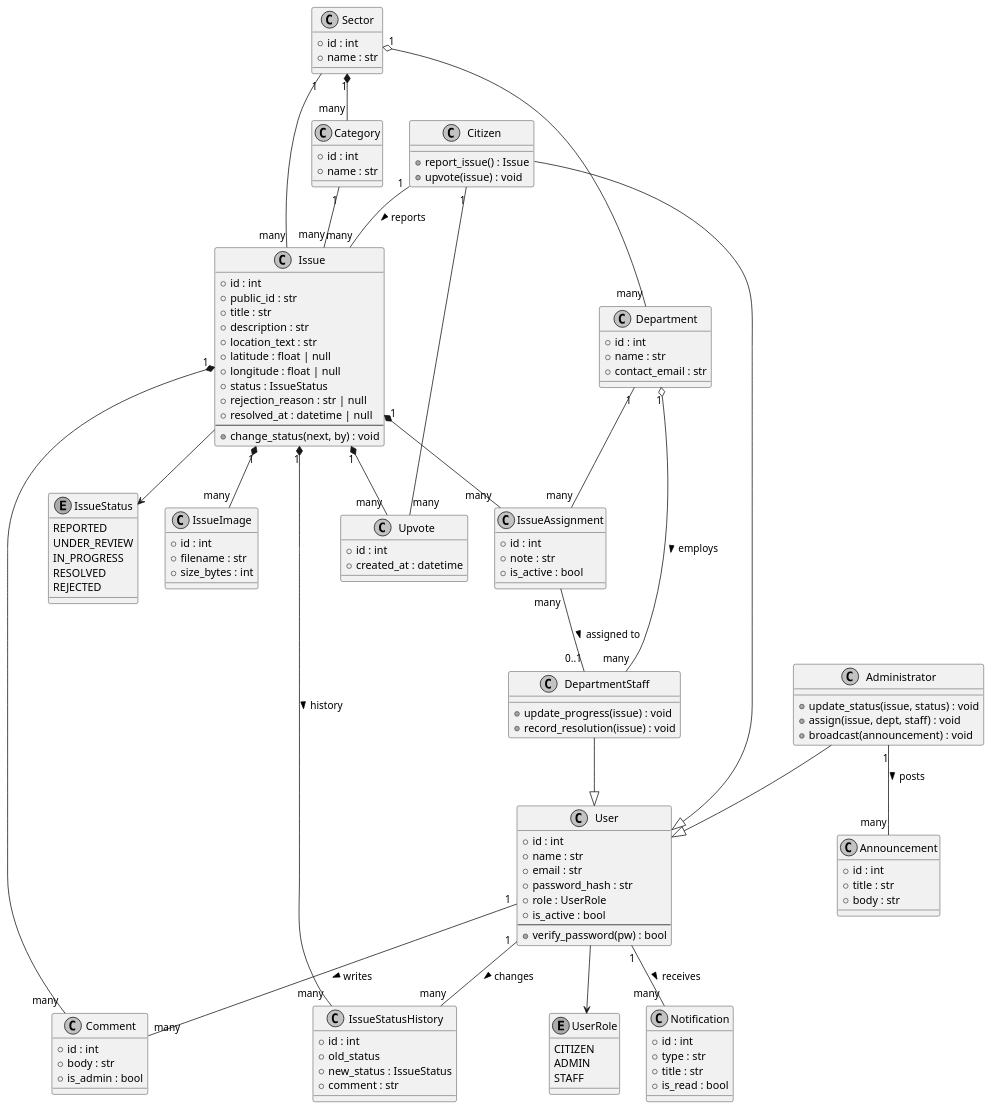
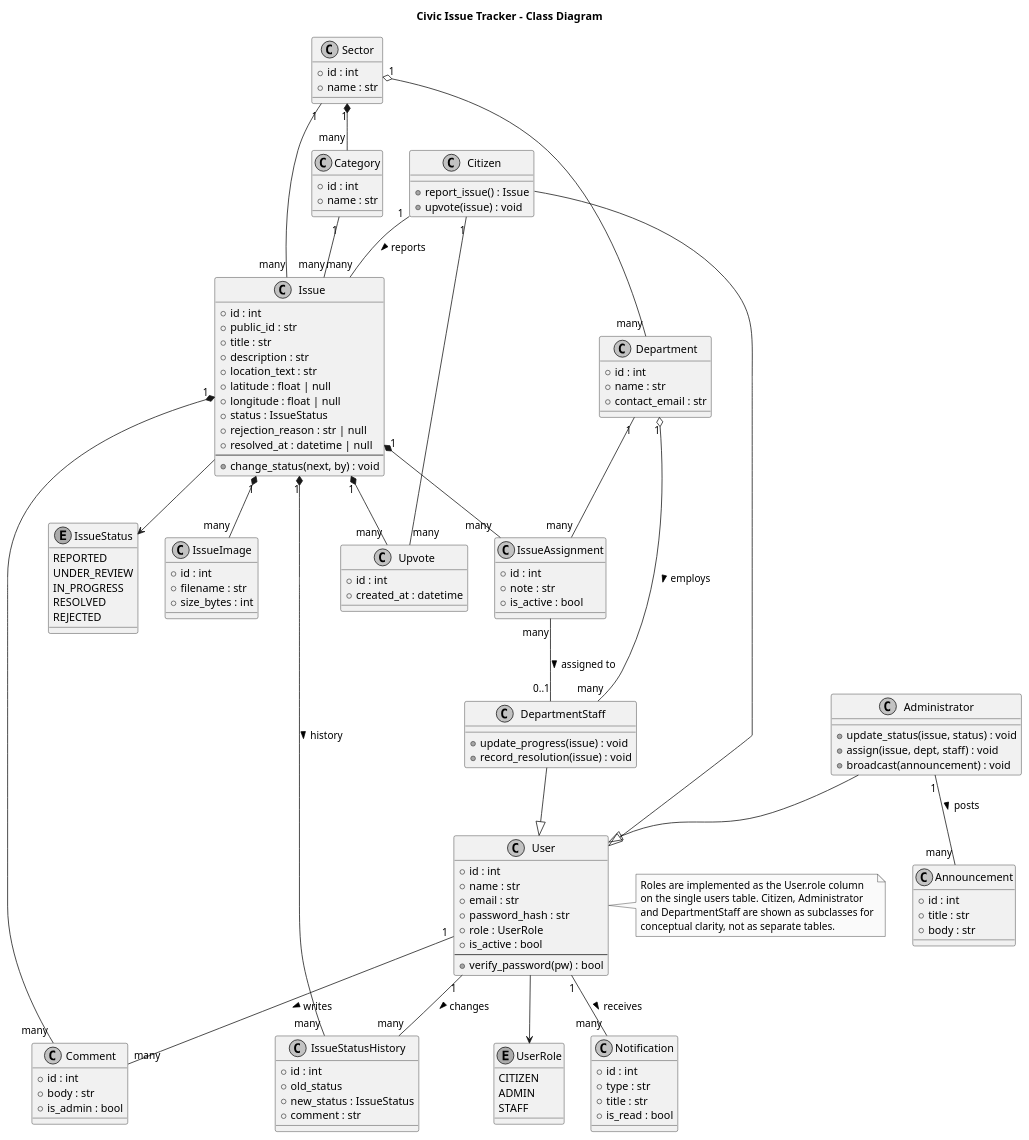
The diagram in docs/diagrams/class-diagram.puml (manojkumaranna07-svg/civic-issue-tracker), drawn with PlantUML before and after one commit. The commit also changed 18 other files, not shown here.

Commit message:
Diagram corrections: DFD notation (rectangular entities, rounded processes, read/write flow directions), use-case extend directions, activity validation loop + admin resolution review, titles on all diagrams, class-diagram role note

```diff
--- a/docs/diagrams/class-diagram.puml
+++ b/docs/diagrams/class-diagram.puml
@@ -1,130 +1,137 @@
-@startuml "Civic Issue Tracker - Class Diagram"
+@startuml
+title Civic Issue Tracker - Class Diagram
 skinparam monochrome true
 skinparam shadowing false
 
 enum UserRole {
   CITIZEN
   ADMIN
   STAFF
 }
 enum IssueStatus {
   REPORTED
   UNDER_REVIEW
   IN_PROGRESS
   RESOLVED
   REJECTED
 }
 
 class User {
   +id : int
   +name : str
   +email : str
   +password_hash : str
   +role : UserRole
   +is_active : bool
   --
   +verify_password(pw) : bool
 }
 class Citizen {
   +report_issue() : Issue
   +upvote(issue) : void
 }
 class Administrator {
   +update_status(issue, status) : void
   +assign(issue, dept, staff) : void
   +broadcast(announcement) : void
 }
 class DepartmentStaff {
   +update_progress(issue) : void
   +record_resolution(issue) : void
 }
 
 class Sector {
   +id : int
   +name : str
 }
 class Category {
   +id : int
   +name : str
 }
 class Department {
   +id : int
   +name : str
   +contact_email : str
 }
 
 class Issue {
   +id : int
   +public_id : str
   +title : str
   +description : str
   +location_text : str
   +latitude : float | null
   +longitude : float | null
   +status : IssueStatus
   +rejection_reason : str | null
   +resolved_at : datetime | null
   --
   +change_status(next, by) : void
 }
 class IssueImage {
   +id : int
   +filename : str
   +size_bytes : int
 }
 class IssueStatusHistory {
   +id : int
   +old_status
   +new_status : IssueStatus
   +comment : str
 }
 class Upvote {
   +id : int
   +created_at : datetime
 }
 class IssueAssignment {
   +id : int
   +note : str
   +is_active : bool
 }
 class Notification {
   +id : int
   +type : str
   +title : str
   +is_read : bool
 }
 class Comment {
   +id : int
   +body : str
   +is_admin : bool
 }
 class Announcement {
   +id : int
   +title : str
   +body : str
 }
 
 Citizen --|> User
 Administrator --|> User
 DepartmentStaff --|> User
 User --> UserRole
+note right of User
+  Roles are implemented as the User.role column
+  on the single users table. Citizen, Administrator
+  and DepartmentStaff are shown as subclasses for
+  conceptual clarity, not as separate tables.
+end note
 Sector "1" *-- "many" Category
 Sector "1" o-- "many" Department
 Department "1" o-- "many" DepartmentStaff : employs >
 Citizen "1" -- "many" Issue : reports >
 Issue "1" *-- "many" IssueImage
 Issue "1" *-- "many" IssueStatusHistory : history >
 Issue "1" *-- "many" Upvote
 Citizen "1" -- "many" Upvote
 Issue "1" *-- "many" IssueAssignment
 Department "1" -- "many" IssueAssignment
 IssueAssignment "many" -- "0..1" DepartmentStaff : assigned to >
 User "1" -- "many" Notification : receives >
 Issue "1" *-- "many" Comment
 User "1" -- "many" Comment : writes >
 Administrator "1" -- "many" Announcement : posts >
 Issue --> IssueStatus
 Category "1" -- "many" Issue
 Sector "1" -- "many" Issue
 User "1" -- "many" IssueStatusHistory : changes >
 @enduml
```
